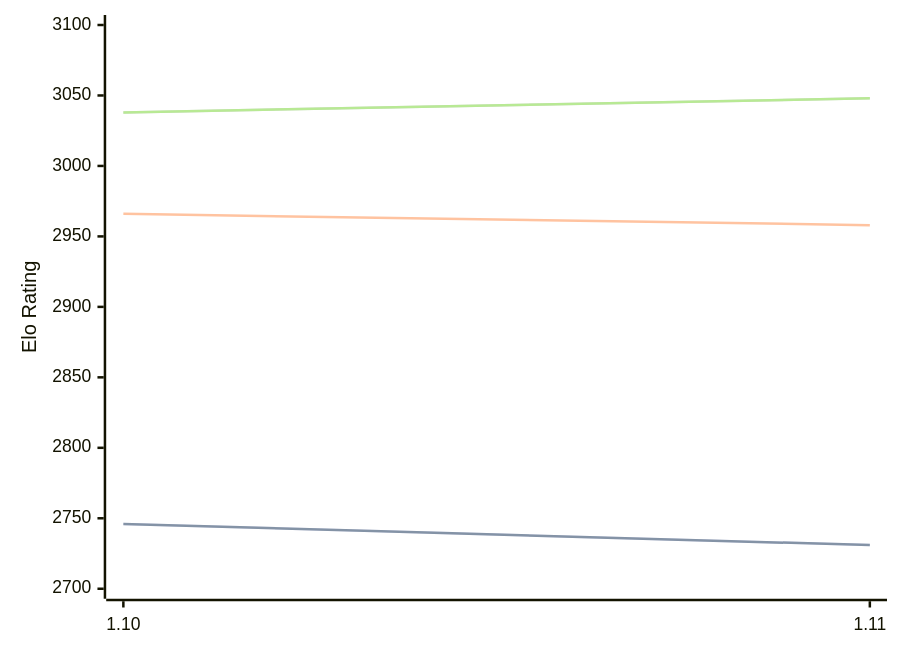
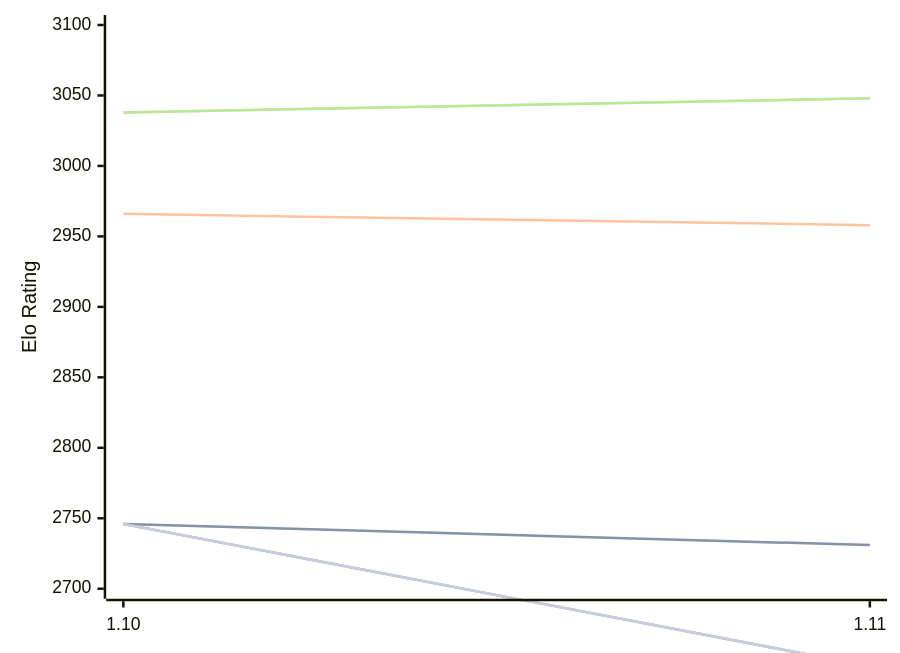
The diagram in engines/Roc.md (computer-chess-index/cci), drawn with Mermaid before and after one commit. The commit also changed other lines of this file, not shown here.

Commit message:
Update CCI Ratings (ELO VLTC) - 2026-10-11

````diff
--- a/engines/Roc.md
+++ b/engines/Roc.md
@@ -48,16 +48,13 @@
 ```mermaid
 %%{init: {"theme":"base","themeVariables":{"seriesColors:['#a3a3a3','#222221','#faa371']}}}%%
 xychart-beta
   x-axis ["1.10", "1.11"]
   y-axis "Elo Rating" 2700 --> 3100
   line "" [2746, 2731]
   line "T1: STC (8.0+0.08s)" [2746, 2731]
   line "T1: LTC (60.0+0.60s)" [2966, 2958]
   line "" [3038, 3048]
   line "T1: VLTC (2m24s+1.12s)" [3038, 3048]
-  line "" [2631]
-  line "E1: STC (8.0+0.08s)" [2631]
-  line "E1: LTC (60.0+0.60s)" [2892]
-  line "" [2958]
-  line "E1: VLTC (2m24s+1.12s)" [2958]
+  line "" [2746,2645]
+  line "E1: STC (8.0+0.08s)" [2746,2645]
 ```
````
